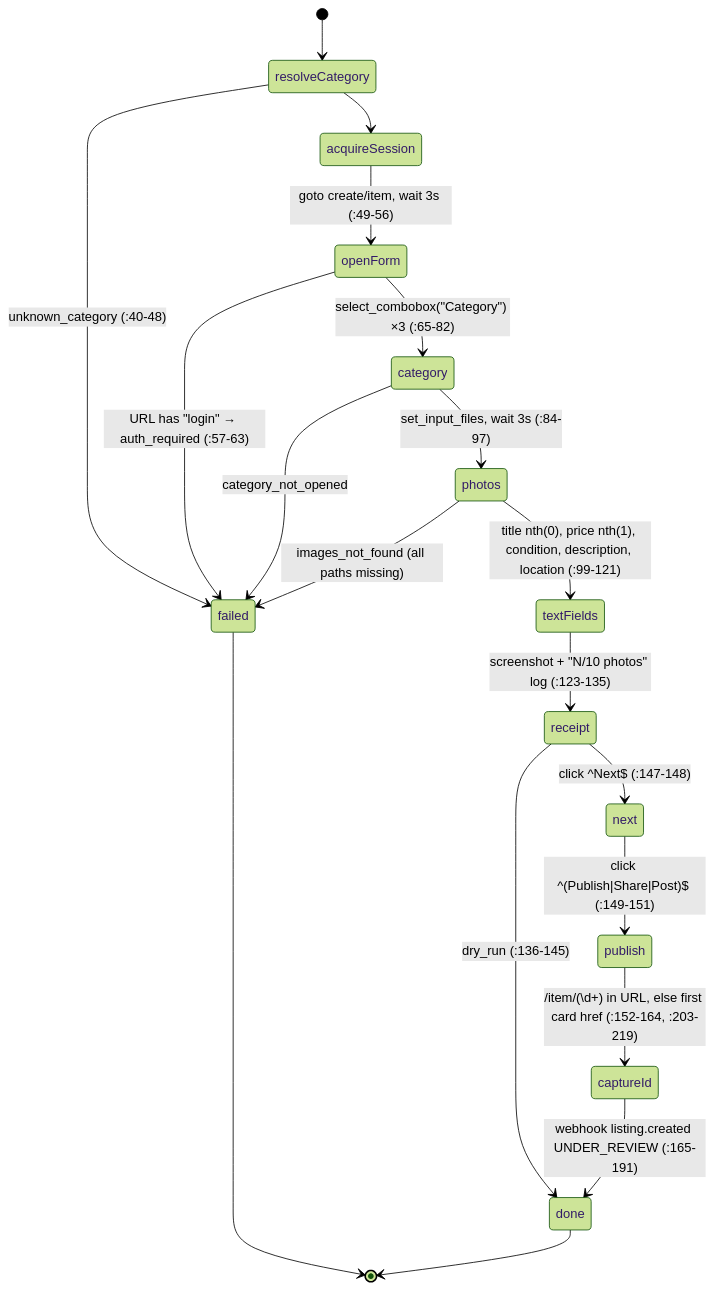
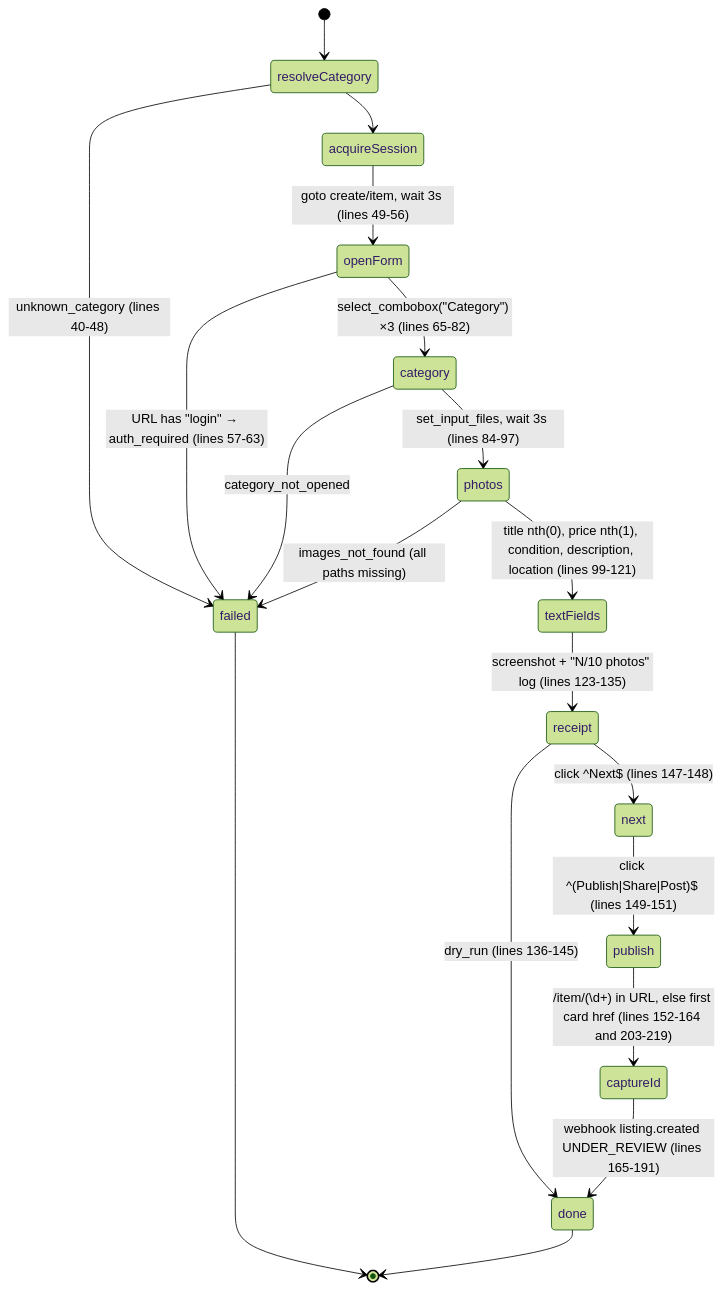
The first of 3 diagrams in docs/listingPublish/stateMachine.md (matthewdonsemail-lab/log), drawn with Mermaid (forest theme) before and after one commit. The commit also changed other lines of this file and 38 other files, not shown here.

Commit message:
docs: a steps diagram on every use case page, every Mermaid diagram parse-checked, and every gap linked to its issue

````diff
--- a/docs/listingPublish/stateMachine.md
+++ b/docs/listingPublish/stateMachine.md
@@ -13,21 +13,21 @@
 ```mermaid
 stateDiagram-v2
   [*] --> resolveCategory
-  resolveCategory --> failed: unknown_category (:40-48)
+  resolveCategory --> failed: unknown_category (lines 40-48)
   resolveCategory --> acquireSession
-  acquireSession --> openForm: goto create/item, wait 3s (:49-56)
-  openForm --> failed: URL has "login" → auth_required (:57-63)
-  openForm --> category: select_combobox("Category") ×3 (:65-82)
+  acquireSession --> openForm: goto create/item, wait 3s (lines 49-56)
+  openForm --> failed: URL has "login" → auth_required (lines 57-63)
+  openForm --> category: select_combobox("Category") ×3 (lines 65-82)
   category --> failed: category_not_opened
-  category --> photos: set_input_files, wait 3s (:84-97)
+  category --> photos: set_input_files, wait 3s (lines 84-97)
   photos --> failed: images_not_found (all paths missing)
-  photos --> textFields: title nth(0), price nth(1), condition, description, location (:99-121)
-  textFields --> receipt: screenshot + "N/10 photos" log (:123-135)
-  receipt --> done: dry_run (:136-145)
-  receipt --> next: click ^Next$ (:147-148)
-  next --> publish: click ^(Publish|Share|Post)$ (:149-151)
-  publish --> captureId: /item/(\d+) in URL, else first card href (:152-164, :203-219)
-  captureId --> done: webhook listing.created UNDER_REVIEW (:165-191)
+  photos --> textFields: title nth(0), price nth(1), condition, description, location (lines 99-121)
+  textFields --> receipt: screenshot + "N/10 photos" log (lines 123-135)
+  receipt --> done: dry_run (lines 136-145)
+  receipt --> next: click ^Next$ (lines 147-148)
+  next --> publish: click ^(Publish|Share|Post)$ (lines 149-151)
+  publish --> captureId: /item/(\d+) in URL, else first card href (lines 152-164 and 203-219)
+  captureId --> done: webhook listing.created UNDER_REVIEW (lines 165-191)
   done --> [*]
   failed --> [*]
 ```
````
